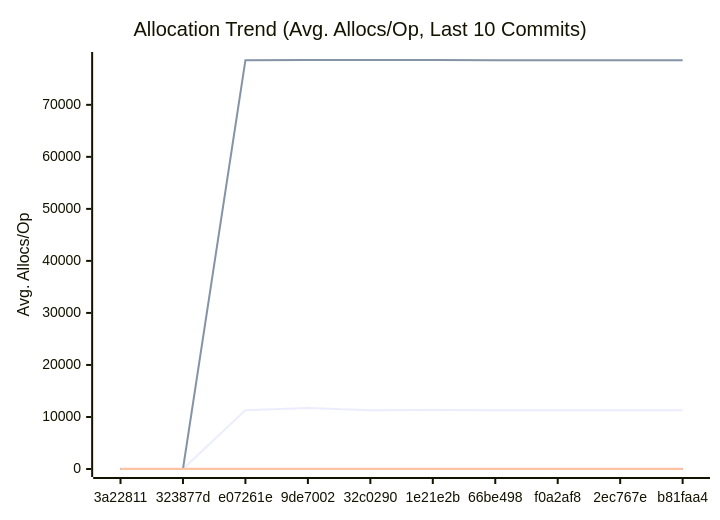
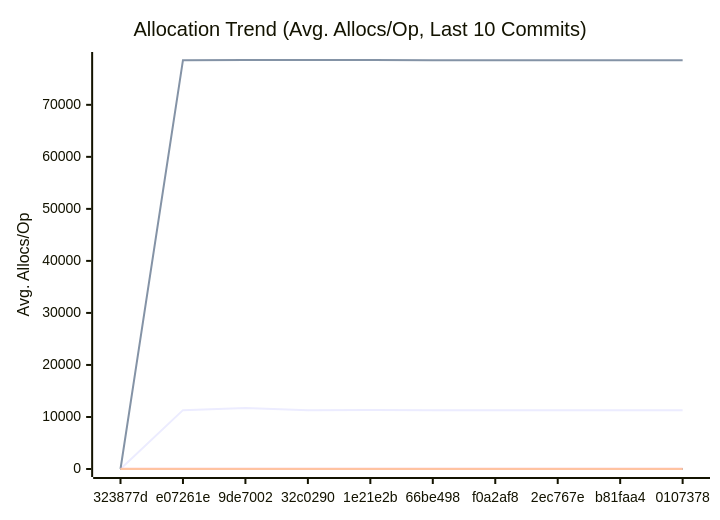
The third of 3 diagrams in docs/PERFORMANCE.md (alsotoes/momo), drawn with Mermaid before and after one commit. The commit also changed other lines of this file and 2 other files, not shown here.

````diff
--- a/docs/PERFORMANCE.md
+++ b/docs/PERFORMANCE.md
@@ -197,20 +197,20 @@
 ```mermaid
 xychart-beta
     title "Allocation Trend (Avg. Allocs/Op, Last 10 Commits)"
     x-axis "Commit"
     y-axis "Avg. Allocs/Op"
-    x-axis [3a22811,323877d,e07261e,9de7002,32c0290,1e21e2b,66be498,f0a2af8,2ec767e,b81faa4]
-    line "AWSChunkedReaderSigned" [0,0,11316,11705,11290,11320,11284,11279,11295,11290]
-    line "AWSChunkedReaderUnsigned" [0,0,78590,78616,78594,78612,78570,78565,78569,78578]
+    x-axis [323877d,e07261e,9de7002,32c0290,1e21e2b,66be498,f0a2af8,2ec767e,b81faa4,0107378]
+    line "AWSChunkedReaderSigned" [0,11316,11705,11290,11320,11284,11279,11295,11290,11295]
+    line "AWSChunkedReaderUnsigned" [0,78590,78616,78594,78612,78570,78565,78569,78578,78577]
     line "CheckMetricsAndSwap" [0,0,0,0,0,0,0,0,0,0]
     line "CrushOptimized" [0,0,0,0,0,0,0,0,0,0]
     line "CrushOriginal" [3,3,3,3,3,3,3,3,3,3]
     line "IndexDirectTracking" [0,0,0,0,0,0,0,0,0,0]
     line "IndexSearch" [0,0,0,0,0,0,0,0,0,0]
     line "LoadGlobalConfig" [46,46,46,46,46,46,46,46,46,46]
     line "PadString" [1,1,1,1,1,1,1,1,1,1]
     line "ParseReplicationOrder_NoPrealloc" [6,6,6,6,6,5,5,5,5,5]
     line "ParseReplicationOrder_Prealloc" [2,2,2,2,2,1,1,1,1,1]
     line "SanitizeLog/Safe" [0,0,0,0,0,0,0,0,0,0]
     line "SanitizeLog/Unsafe" [1,1,1,1,1,1,1,1,1,1]
 ```
````
